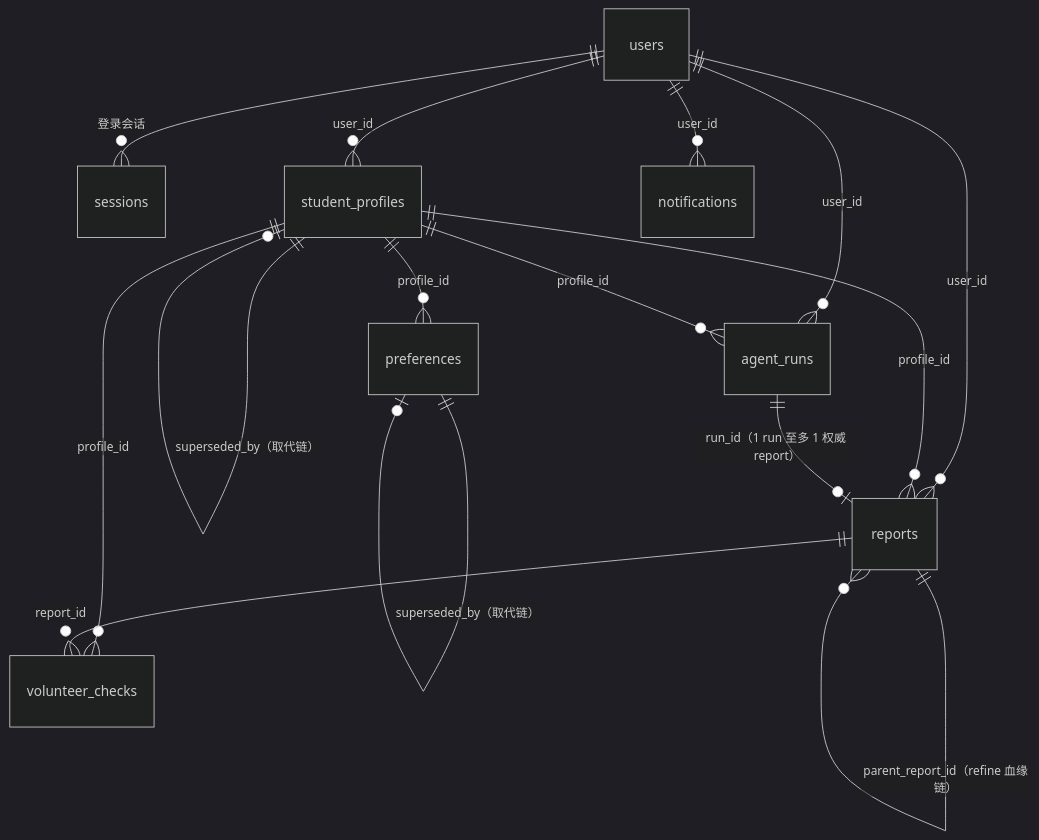
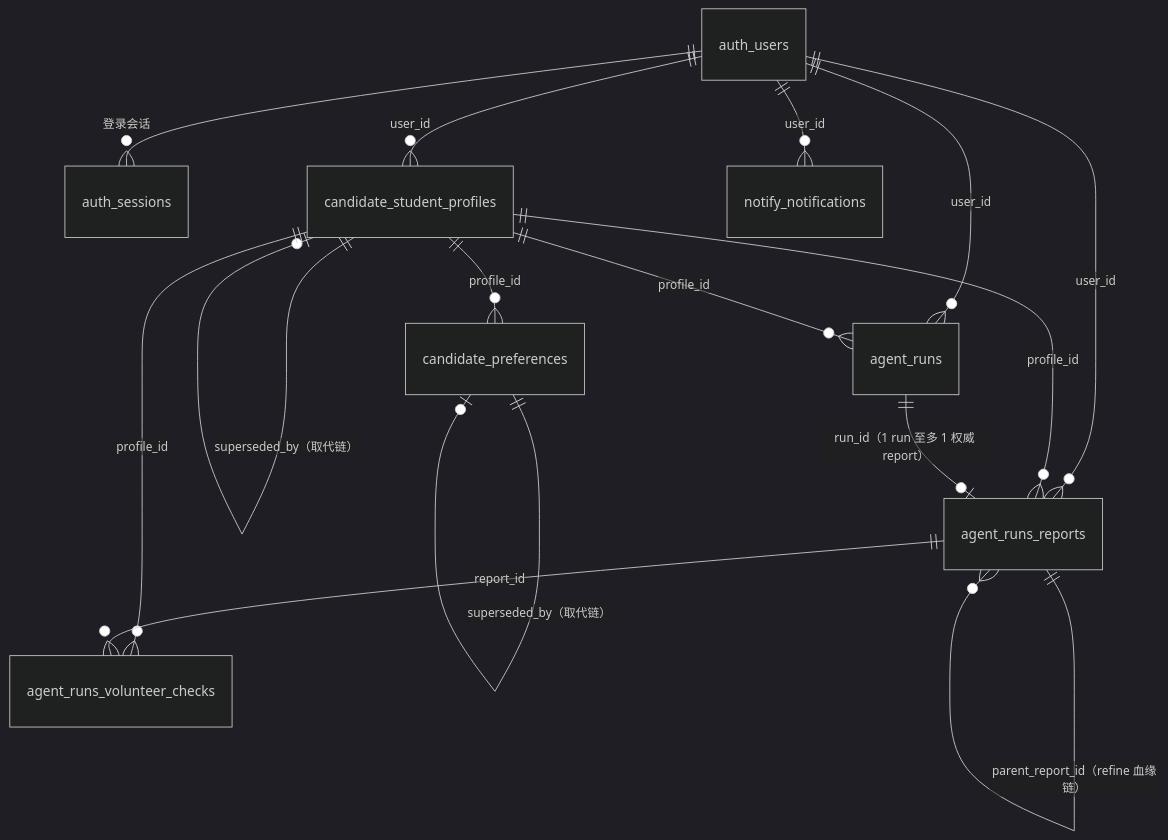
Before and after one commit to debugzhao/jin-guide: the first of 5 diagrams in backend/app/models/doc/database_schema.md, drawn with Mermaid (dark theme). The commit also changed other lines of this file and 14 other files, not shown here.

````diff
--- a/backend/app/models/doc/database_schema.md
+++ b/backend/app/models/doc/database_schema.md
@@ -50,17 +50,17 @@
 ```mermaid
 erDiagram
-    users ||--o{ sessions : "登录会话"
-    users ||--o{ student_profiles : "user_id"
-    users ||--o{ reports : "user_id"
-    users ||--o{ agent_runs : "user_id"
-    users ||--o{ notifications : "user_id"
-    student_profiles ||--o{ preferences : "profile_id"
-    student_profiles ||--o| student_profiles : "superseded_by（取代链）"
-    preferences ||--o| preferences : "superseded_by（取代链）"
-    student_profiles ||--o{ agent_runs : "profile_id"
-    student_profiles ||--o{ reports : "profile_id"
-    student_profiles ||--o{ volunteer_checks : "profile_id"
-    agent_runs ||--o| reports : "run_id（1 run 至多 1 权威 report）"
-    reports ||--o{ volunteer_checks : "report_id"
-    reports ||--o{ reports : "parent_report_id（refine 血缘链）"
+    auth_users ||--o{ auth_sessions : "登录会话"
+    auth_users ||--o{ candidate_student_profiles : "user_id"
+    auth_users ||--o{ agent_runs_reports : "user_id"
+    auth_users ||--o{ agent_runs : "user_id"
+    auth_users ||--o{ notify_notifications : "user_id"
+    candidate_student_profiles ||--o{ candidate_preferences : "profile_id"
+    candidate_student_profiles ||--o| candidate_student_profiles : "superseded_by（取代链）"
+    candidate_preferences ||--o| candidate_preferences : "superseded_by（取代链）"
+    candidate_student_profiles ||--o{ agent_runs : "profile_id"
+    candidate_student_profiles ||--o{ agent_runs_reports : "profile_id"
+    candidate_student_profiles ||--o{ agent_runs_volunteer_checks : "profile_id"
+    agent_runs ||--o| agent_runs_reports : "run_id（1 run 至多 1 权威 report）"
+    agent_runs_reports ||--o{ agent_runs_volunteer_checks : "report_id"
+    agent_runs_reports ||--o{ agent_runs_reports : "parent_report_id（refine 血缘链）"
 ```
````
